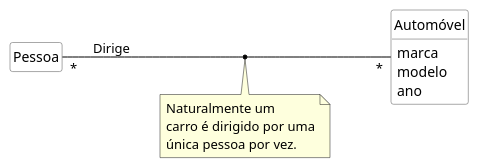
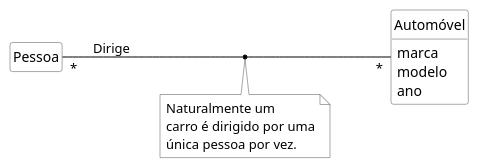
The diagram in imagens/modelos-05/mod05ima08/mod05ima08.plantuml (kyriosdata/oo), drawn with PlantUML before and after one commit.

```diff
--- a/imagens/modelos-05/mod05ima08/mod05ima08.plantuml
+++ b/imagens/modelos-05/mod05ima08/mod05ima08.plantuml
@@ -1,21 +1,26 @@
 @startuml mod05ima08
 hide circle
 hide methods
 hide empty members
 
 skinparam class {
+    BackgroundColor White
+    ArrowColor Black
+    BorderColor #505050
+}
+skinparam note {
     BackgroundColor White
     ArrowColor Black
     BorderColor #505050
 }
 skinparam ClassAttributeIconSize 0
 class "Pessoa" as pe
 class "Automóvel" as au
 au : marca
 au : modelo
 au : ano
 note "Naturalmente um\ncarro é dirigido por uma\núnica pessoa por vez." as na
 left to right direction
 pe "*"--"*" au : Dirige
 (pe,au) .. na
 @enduml
```
